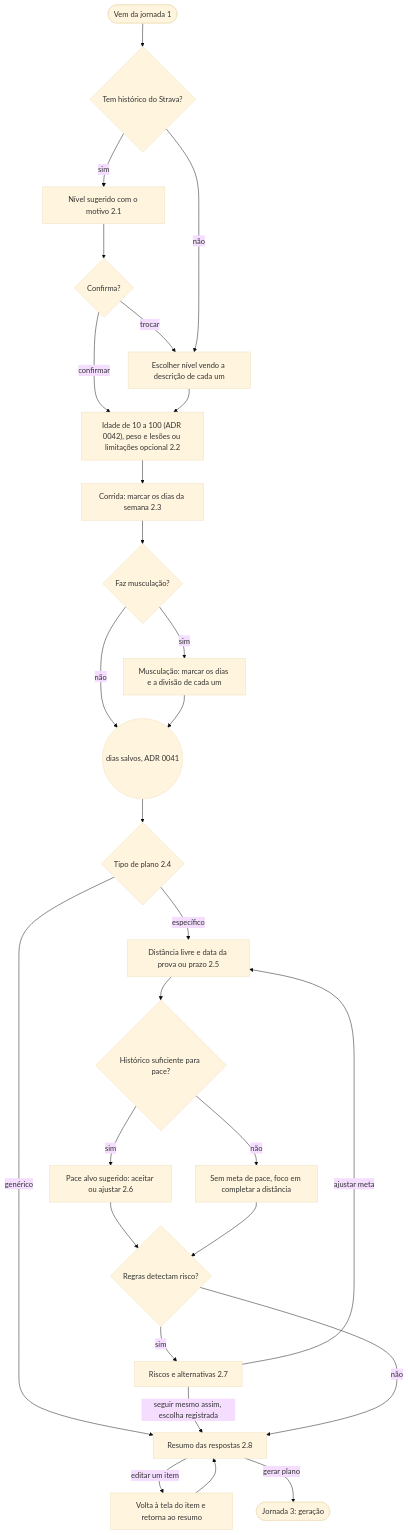
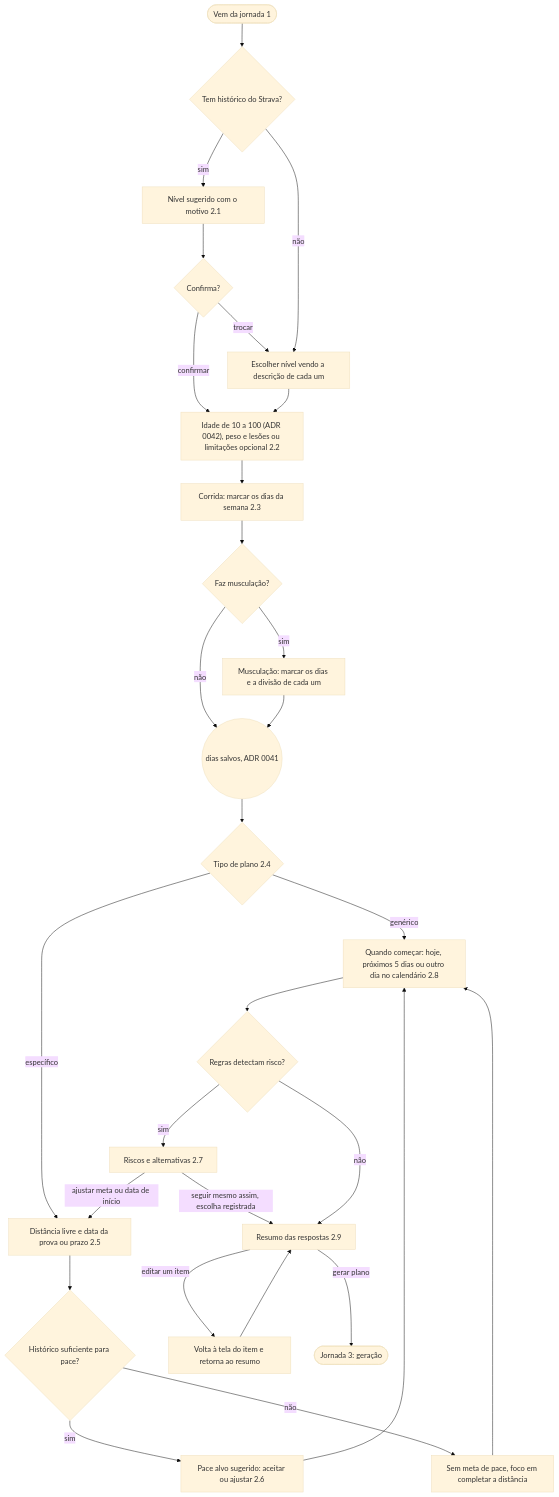
One commit to cruzvini/app-corrida changed the second of 3 diagrams in docs/fluxos.md. Above: the diagram before and after it, drawn with Mermaid (base theme). The commit also changed other lines of this file and 4 other files, not shown here.

First line of the commit message:
docs: ADR 0043 - data de início escolhida no setup

````diff
--- a/docs/fluxos.md
+++ b/docs/fluxos.md
@@ -44,30 +44,31 @@
 ```mermaid
 flowchart TD
   A([Vem da jornada 1]) --> B{Tem histórico do Strava?}
   B -- sim --> C[Nível sugerido com o motivo 2.1]
   C --> C1{Confirma?}
   C1 -- trocar --> D
   C1 -- confirmar --> E
   B -- não --> D[Escolher nível vendo a descrição de cada um]
   D --> E["Idade de 10 a 100 (ADR 0042), peso e lesões ou limitações opcional 2.2"]
   E --> F[Corrida: marcar os dias da semana 2.3]
   F --> G{Faz musculação?}
   G -- sim --> G1[Musculação: marcar os dias e a divisão de cada um]
   G -- não --> DIAS
   G1 --> DIAS
   DIAS((dias salvos, ADR 0041)) --> H{Tipo de plano 2.4}
-  H -- genérico --> R
+  H -- genérico --> INI
   H -- específico --> I[Distância livre e data da prova ou prazo 2.5]
   I --> J{Histórico suficiente para pace?}
   J -- sim --> J1[Pace alvo sugerido: aceitar ou ajustar 2.6]
   J -- não --> J2[Sem meta de pace, foco em completar a distância]
-  J1 --> K{Regras detectam risco?}
-  J2 --> K
+  J1 --> INI
+  J2 --> INI
+  INI["Quando começar: hoje, próximos 5 dias ou outro dia no calendário 2.8"] --> K{Regras detectam risco?}
   K -- sim --> K1[Riscos e alternativas 2.7]
-  K1 -- ajustar meta --> I
+  K1 -- ajustar meta ou data de início --> I
   K1 -- seguir mesmo assim, escolha registrada --> R
-  K -- não --> R[Resumo das respostas 2.8]
+  K -- não --> R[Resumo das respostas 2.9]
   R -- editar um item --> EDIT[Volta à tela do item e retorna ao resumo]
   EDIT --> R
   R -- gerar plano --> GER([Jornada 3: geração])
 ```
````
